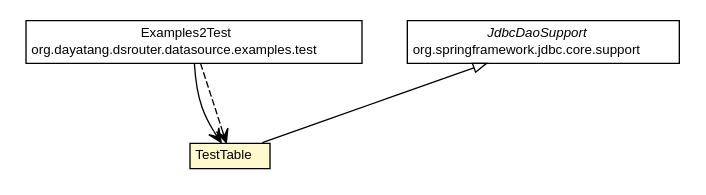
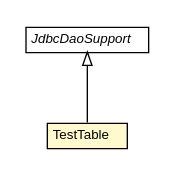
The diagram in dddlib-datasource-router/testapidocs/org/dayatang/dsrouter/datasource/examples/TestTable.dot (dayatang/dddlib), drawn with Graphviz before and after one commit. The commit also changed 269 other files, not shown here.

```diff
--- a/dddlib-datasource-router/testapidocs/org/dayatang/dsrouter/datasource/examples/TestTable.dot
+++ b/dddlib-datasource-router/testapidocs/org/dayatang/dsrouter/datasource/examples/TestTable.dot
@@ -1,38 +1,26 @@
 #!/usr/local/bin/dot
 #
 # Class diagram 
 # Generated by UMLGraph version R5_6_6-8-g8d7759 (http://www.umlgraph.org/)
 #
 
 digraph G {
 	edge [fontname="Helvetica",fontsize=10,labelfontname="Helvetica",labelfontsize=10];
 	node [fontname="Helvetica",fontsize=10,shape=plaintext];
 	nodesep=0.25;
 	ranksep=0.5;
 	// org.dayatang.dsrouter.datasource.examples.TestTable
-	c203 [label=<<table title="org.dayatang.dsrouter.datasource.examples.TestTable" border="0" cellborder="1" cellspacing="0" cellpadding="2" port="p" bgcolor="lemonChiffon" href="./TestTable.html">
+	c178 [label=<<table title="org.dayatang.dsrouter.datasource.examples.TestTable" border="0" cellborder="1" cellspacing="0" cellpadding="2" port="p" bgcolor="lemonChiffon" href="./TestTable.html">
 		<tr><td><table border="0" cellspacing="0" cellpadding="1">
 <tr><td align="center" balign="center"> TestTable </td></tr>
 		</table></td></tr>
 		</table>>, URL="./TestTable.html", fontname="Helvetica", fontcolor="black", fontsize=10.0];
-	// org.dayatang.dsrouter.datasource.examples.test.Examples2Test
-	c209 [label=<<table title="org.dayatang.dsrouter.datasource.examples.test.Examples2Test" border="0" cellborder="1" cellspacing="0" cellpadding="2" port="p" href="./test/Examples2Test.html">
-		<tr><td><table border="0" cellspacing="0" cellpadding="1">
-<tr><td align="center" balign="center"> Examples2Test </td></tr>
-<tr><td align="center" balign="center"> org.dayatang.dsrouter.datasource.examples.test </td></tr>
-		</table></td></tr>
-		</table>>, URL="./test/Examples2Test.html", fontname="Helvetica", fontcolor="black", fontsize=10.0];
 	//org.dayatang.dsrouter.datasource.examples.TestTable extends org.springframework.jdbc.core.support.JdbcDaoSupport
-	c211:p -> c203:p [dir=back,arrowtail=empty];
-	// org.dayatang.dsrouter.datasource.examples.test.Examples2Test NAVASSOC org.dayatang.dsrouter.datasource.examples.TestTable
-	c209:p -> c203:p [taillabel="", label=" "headlabel="", fontname="Helvetica", fontcolor="black", fontsize=10.0, color="black", arrowhead=open];
-	// org.dayatang.dsrouter.datasource.examples.test.Examples2Test DEPEND org.dayatang.dsrouter.datasource.examples.TestTable
-	c209:p -> c203:p [taillabel="", label=" "headlabel="", fontname="Helvetica", fontcolor="black", fontsize=10.0, color="black", arrowhead=open, style=dashed];
+	c187:p -> c178:p [dir=back,arrowtail=empty];
 	// org.springframework.jdbc.core.support.JdbcDaoSupport
-	c211 [label=<<table title="org.springframework.jdbc.core.support.JdbcDaoSupport" border="0" cellborder="1" cellspacing="0" cellpadding="2" port="p" href="http://java.sun.com/j2se/1.4.2/docs/api/org/springframework/jdbc/core/support/JdbcDaoSupport.html">
+	c187 [label=<<table title="org.springframework.jdbc.core.support.JdbcDaoSupport" border="0" cellborder="1" cellspacing="0" cellpadding="2" port="p">
 		<tr><td><table border="0" cellspacing="0" cellpadding="1">
 <tr><td align="center" balign="center"><font face="Helvetica-Oblique"> JdbcDaoSupport </font></td></tr>
-<tr><td align="center" balign="center"> org.springframework.jdbc.core.support </td></tr>
 		</table></td></tr>
-		</table>>, URL="http://java.sun.com/j2se/1.4.2/docs/api/org/springframework/jdbc/core/support/JdbcDaoSupport.html", fontname="Helvetica", fontcolor="black", fontsize=10.0];
+		</table>>, URL="null", fontname="Helvetica", fontcolor="black", fontsize=10.0];
 }
```
